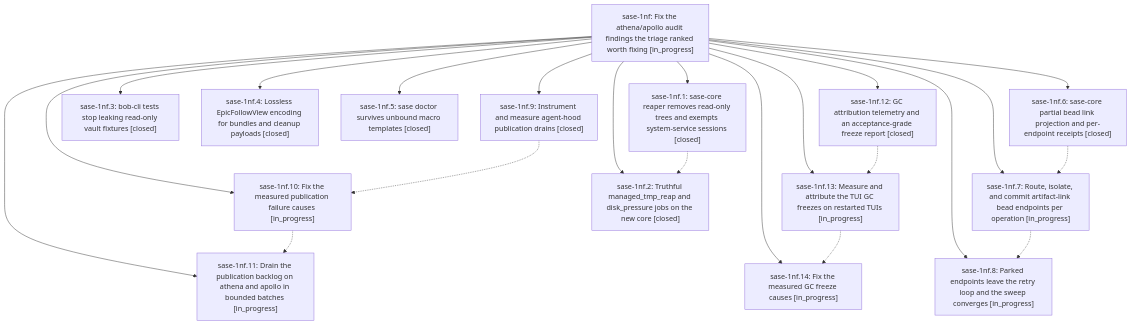
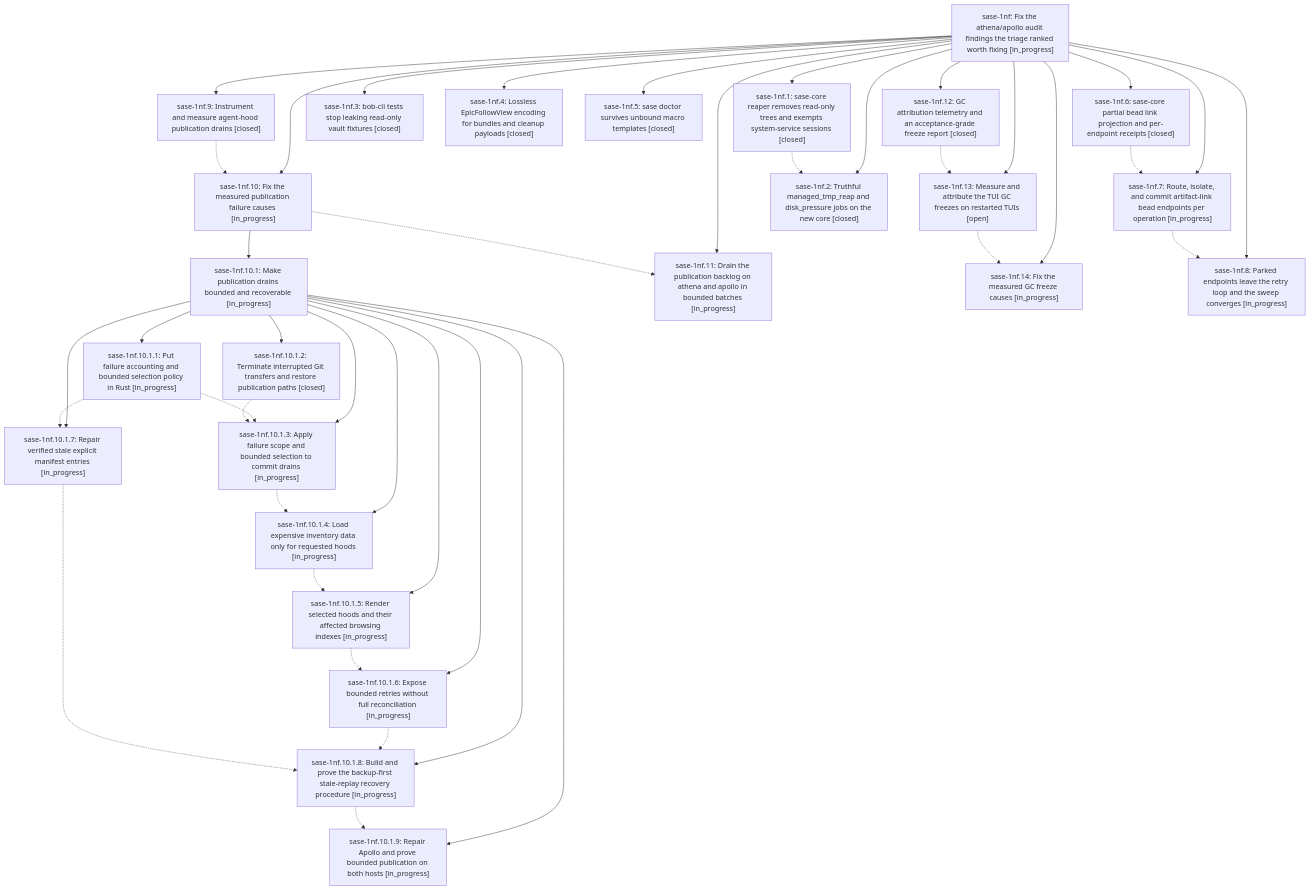
One commit to sase-org/sase--beads changed the diagram in pages/sase-1nf/README.md. Above: the diagram before and after it, drawn with Mermaid. The commit also changed other lines of this file and 17 other files, not shown here.

First line of the commit message:
chore(beads): sync bead state and pages for sase-1nf

````diff
--- a/pages/sase-1nf/README.md
+++ b/pages/sase-1nf/README.md
@@ -49,39 +49,68 @@
 ```mermaid
 flowchart TD
     n0["sase-1nf: Fix the athena/apollo audit findings the triage ranked worth fixing [in_progress]"]
     n1["sase-1nf.1: sase-core reaper removes read-only trees and exempts system-service sessions [closed]"]
     n2["sase-1nf.10: Fix the measured publication failure causes [in_progress]"]
-    n3["sase-1nf.11: Drain the publication backlog on athena and apollo in bounded batches [in_progress]"]
-    n4["sase-1nf.12: GC attribution telemetry and an acceptance-grade freeze report [closed]"]
-    n5["sase-1nf.13: Measure and attribute the TUI GC freezes on restarted TUIs [in_progress]"]
-    n6["sase-1nf.14: Fix the measured GC freeze causes [in_progress]"]
-    n7["sase-1nf.2: Truthful managed_tmp_reap and disk_pressure jobs on the new core [closed]"]
-    n8["sase-1nf.3: bob-cli tests stop leaking read-only vault fixtures [closed]"]
-    n9["sase-1nf.4: Lossless EpicFollowView encoding for bundles and cleanup payloads [closed]"]
-    n10["sase-1nf.5: sase doctor survives unbound macro templates [closed]"]
-    n11["sase-1nf.6: sase-core partial bead link projection and per-endpoint receipts [closed]"]
-    n12["sase-1nf.7: Route, isolate, and commit artifact-link bead endpoints per operation [in_progress]"]
-    n13["sase-1nf.8: Parked endpoints leave the retry loop and the sweep converges [in_progress]"]
-    n14["sase-1nf.9: Instrument and measure agent-hood publication drains [closed]"]
+    n3["sase-1nf.10.1: Make publication drains bounded and recoverable [in_progress]"]
+    n4["sase-1nf.10.1.1: Put failure accounting and bounded selection policy in Rust [in_progress]"]
+    n5["sase-1nf.10.1.2: Terminate interrupted Git transfers and restore publication paths [closed]"]
+    n6["sase-1nf.10.1.3: Apply failure scope and bounded selection to commit drains [in_progress]"]
+    n7["sase-1nf.10.1.4: Load expensive inventory data only for requested hoods [in_progress]"]
+    n8["sase-1nf.10.1.5: Render selected hoods and their affected browsing indexes [in_progress]"]
+    n9["sase-1nf.10.1.6: Expose bounded retries without full reconciliation [in_progress]"]
+    n10["sase-1nf.10.1.7: Repair verified stale explicit manifest entries [in_progress]"]
+    n11["sase-1nf.10.1.8: Build and prove the backup-first stale-replay recovery procedure [in_progress]"]
+    n12["sase-1nf.10.1.9: Repair Apollo and prove bounded publication on both hosts [in_progress]"]
+    n13["sase-1nf.11: Drain the publication backlog on athena and apollo in bounded batches [in_progress]"]
+    n14["sase-1nf.12: GC attribution telemetry and an acceptance-grade freeze report [closed]"]
+    n15["sase-1nf.13: Measure and attribute the TUI GC freezes on restarted TUIs [open]"]
+    n16["sase-1nf.14: Fix the measured GC freeze causes [in_progress]"]
+    n17["sase-1nf.2: Truthful managed_tmp_reap and disk_pressure jobs on the new core [closed]"]
+    n18["sase-1nf.3: bob-cli tests stop leaking read-only vault fixtures [closed]"]
+    n19["sase-1nf.4: Lossless EpicFollowView encoding for bundles and cleanup payloads [closed]"]
+    n20["sase-1nf.5: sase doctor survives unbound macro templates [closed]"]
+    n21["sase-1nf.6: sase-core partial bead link projection and per-endpoint receipts [closed]"]
+    n22["sase-1nf.7: Route, isolate, and commit artifact-link bead endpoints per operation [in_progress]"]
+    n23["sase-1nf.8: Parked endpoints leave the retry loop and the sweep converges [in_progress]"]
+    n24["sase-1nf.9: Instrument and measure agent-hood publication drains [closed]"]
     n0 --> n1
     n0 --> n2
-    n0 --> n3
-    n0 --> n4
-    n0 --> n5
-    n0 --> n6
-    n0 --> n7
-    n0 --> n8
-    n0 --> n9
-    n0 --> n10
-    n0 --> n11
-    n0 --> n12
+    n2 --> n3
+    n3 --> n4
+    n3 --> n5
+    n3 --> n6
+    n3 --> n7
+    n3 --> n8
+    n3 --> n9
+    n3 --> n10
+    n3 --> n11
+    n3 --> n12
     n0 --> n13
     n0 --> n14
-    n1 -.-> n7
-    n2 -.-> n3
-    n4 -.-> n5
+    n0 --> n15
+    n0 --> n16
+    n0 --> n17
+    n0 --> n18
+    n0 --> n19
+    n0 --> n20
+    n0 --> n21
+    n0 --> n22
+    n0 --> n23
+    n0 --> n24
+    n1 -.-> n17
+    n2 -.-> n13
+    n4 -.-> n6
+    n4 -.-> n10
     n5 -.-> n6
+    n6 -.-> n7
+    n7 -.-> n8
+    n8 -.-> n9
+    n9 -.-> n11
+    n10 -.-> n11
     n11 -.-> n12
-    n12 -.-> n13
-    n14 -.-> n2
+    n14 -.-> n15
+    n15 -.-> n16
+    n21 -.-> n22
+    n22 -.-> n23
+    n24 -.-> n2
 ```
````
